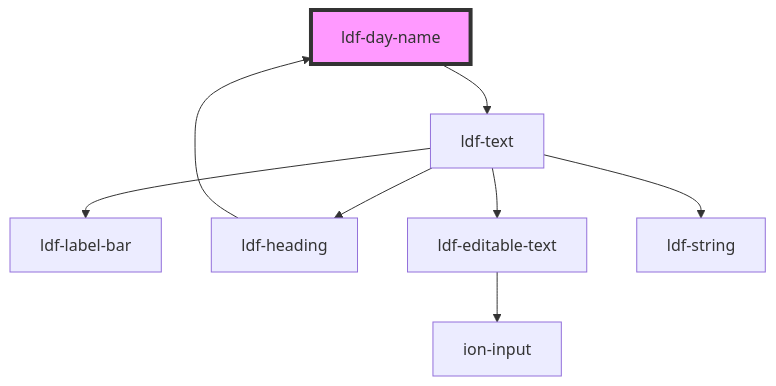
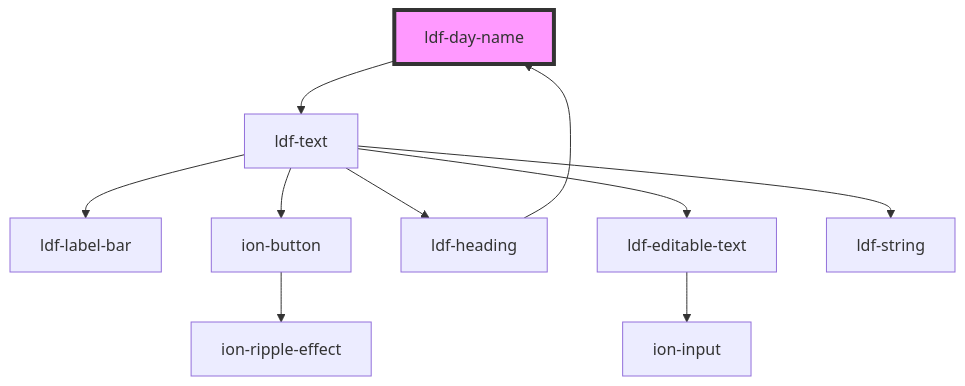
Before and after one commit to gbj/venite: the diagram in components/src/components/day-name/readme.md, drawn with Mermaid. The commit also changed 111 other files, not shown here.

````diff
--- a/components/src/components/day-name/readme.md
+++ b/components/src/components/day-name/readme.md
@@ -26,11 +26,13 @@
 ```mermaid
 graph TD;
   ldf-day-name --> ldf-text
   ldf-text --> ldf-label-bar
+  ldf-text --> ion-button
   ldf-text --> ldf-heading
   ldf-text --> ldf-editable-text
   ldf-text --> ldf-string
+  ion-button --> ion-ripple-effect
   ldf-heading --> ldf-day-name
   ldf-editable-text --> ion-input
   style ldf-day-name fill:#f9f,stroke:#333,stroke-width:4px
 ```
````
